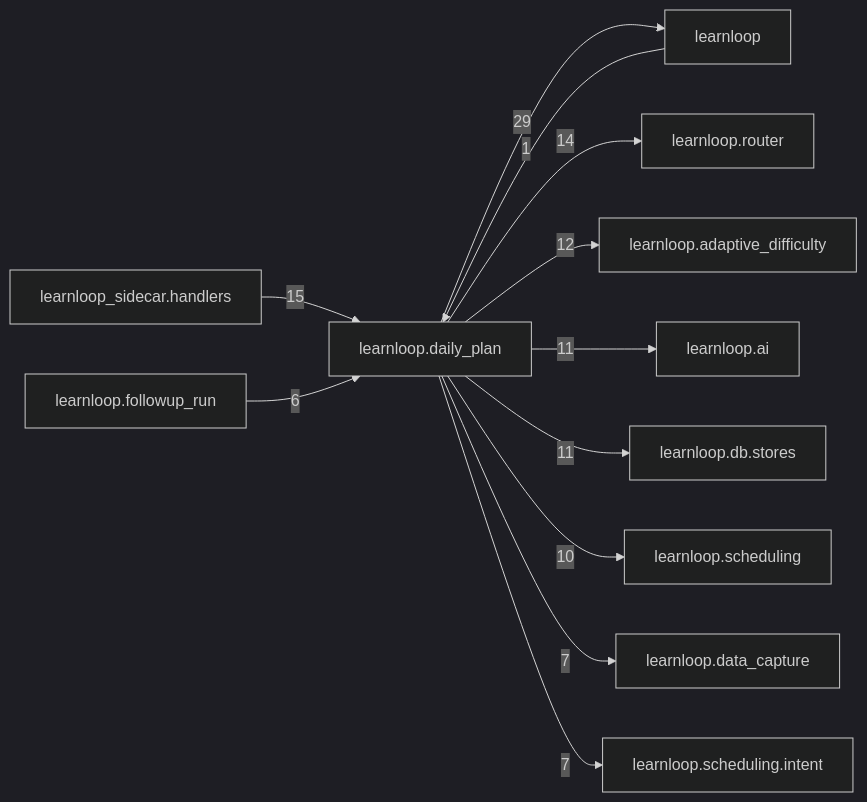
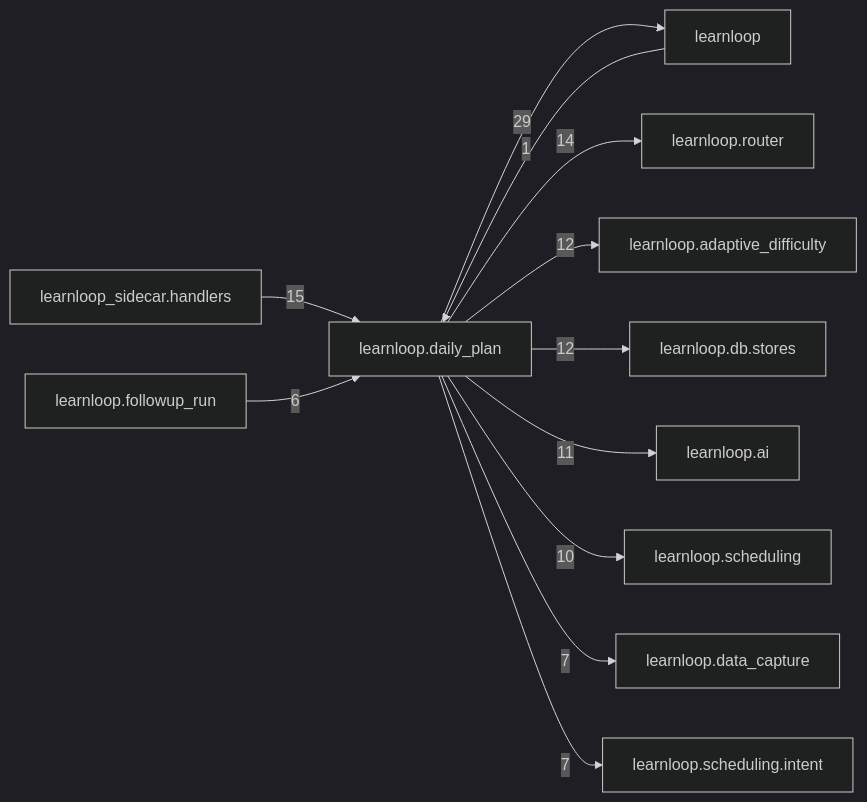
Before and after one commit to 6up-b/learnanything: the diagram in docs/learnloop-architecture-vault/Reference/Modules/learnloop/daily_plan/_package.md, drawn with Mermaid (dark theme). The commit also changed other lines of this file and 559 other files, not shown here.

````diff
--- a/docs/learnloop-architecture-vault/Reference/Modules/learnloop/daily_plan/_package.md
+++ b/docs/learnloop-architecture-vault/Reference/Modules/learnloop/daily_plan/_package.md
@@ -149,25 +149,25 @@
 ```mermaid
 flowchart LR
     center["learnloop.daily_plan"]
     n_learnloop["learnloop"]
     n_learnloop_sidecar_handlers["learnloop_sidecar.handlers"]
     n_learnloop_router["learnloop.router"]
     n_learnloop_adaptive_difficulty["learnloop.adaptive_difficulty"]
+    n_learnloop_db_stores["learnloop.db.stores"]
     n_learnloop_ai["learnloop.ai"]
-    n_learnloop_db_stores["learnloop.db.stores"]
     n_learnloop_scheduling["learnloop.scheduling"]
     n_learnloop_data_capture["learnloop.data_capture"]
     n_learnloop_scheduling_intent["learnloop.scheduling.intent"]
     n_learnloop_followup_run["learnloop.followup_run"]
     n_learnloop -->|1| center
     center -->|29| n_learnloop
     n_learnloop_sidecar_handlers -->|15| center
     center -->|14| n_learnloop_router
     center -->|12| n_learnloop_adaptive_difficulty
+    center -->|12| n_learnloop_db_stores
     center -->|11| n_learnloop_ai
-    center -->|11| n_learnloop_db_stores
     center -->|10| n_learnloop_scheduling
     center -->|7| n_learnloop_data_capture
     center -->|7| n_learnloop_scheduling_intent
     n_learnloop_followup_run -->|6| center
 ```
````
